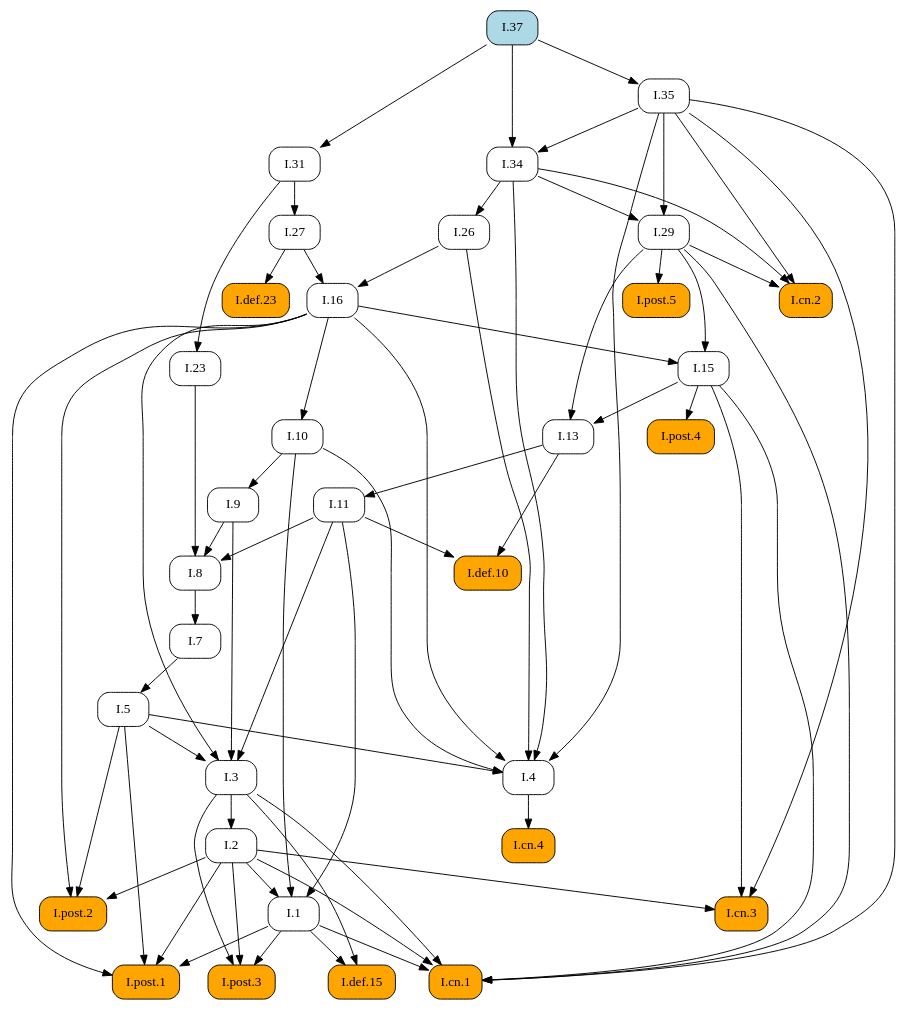
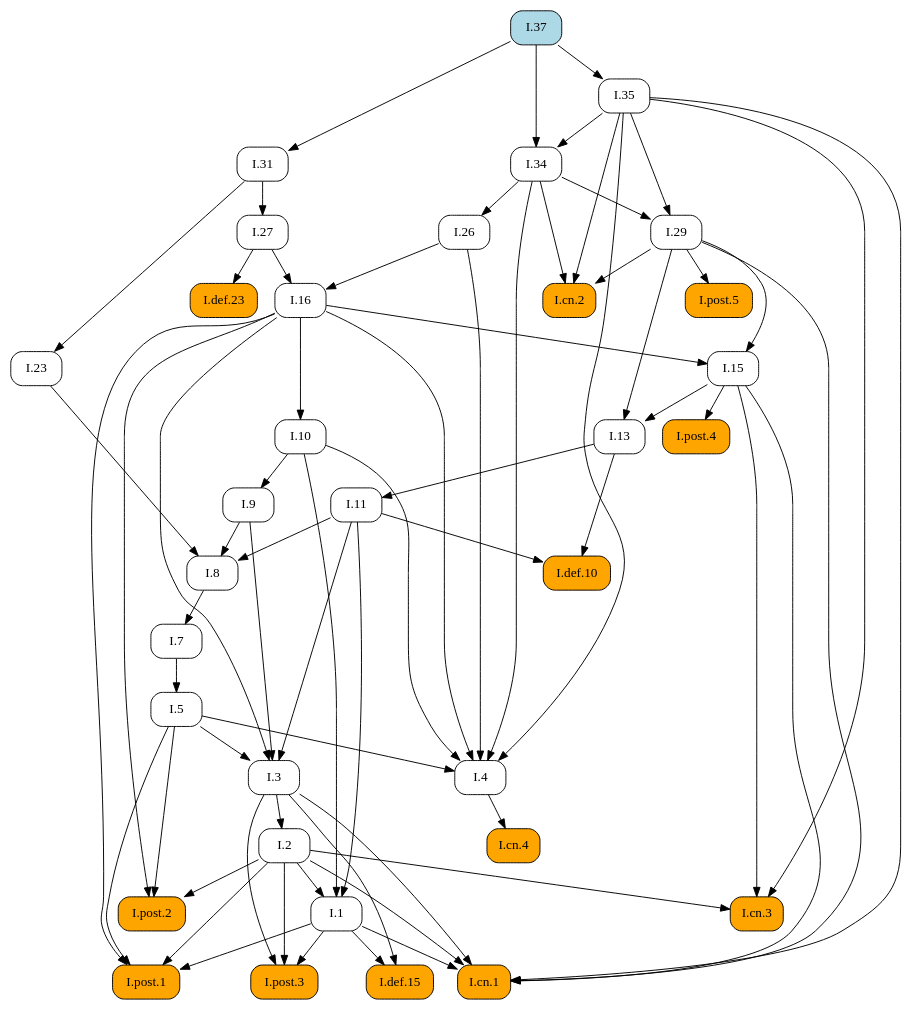
One commit to geometor/elements changed the diagram in docsrc/elements2/I/37/index.rst. Above: the diagram before and after it, drawn with Graphviz. The commit also changed other lines of this file and 409 other files, not shown here.

First line of the commit message:
feat: Add image cropping and graphic extraction script

```diff
--- a/docsrc/elements2/I/37/index.rst
+++ b/docsrc/elements2/I/37/index.rst
@@ -62,104 +62,104 @@
    digraph {
      rankdir="TB";
      node [shape=box, style=rounded];
+     "I.37" [style="rounded,filled", fillcolor=lightblue, URL="/elements2/I/37/", target="_top"];
+     "I.31" [URL="/elements2/I/31/", target="_top"];
      "I.8" [URL="/elements2/I/8/", target="_top"];
+     "I.15" [URL="/elements2/I/15/", target="_top"];
+     "I.5" [URL="/elements2/I/5/", target="_top"];
+     "I.26" [URL="/elements2/I/26/", target="_top"];
+     "I.cn.1" [style="rounded,filled", fillcolor=orange, URL="/elements2/I/cn.1/", target="_top"];
+     "I.7" [URL="/elements2/I/7/", target="_top"];
+     "I.23" [URL="/elements2/I/23/", target="_top"];
+     "I.16" [URL="/elements2/I/16/", target="_top"];
+     "I.35" [URL="/elements2/I/35/", target="_top"];
+     "I.34" [URL="/elements2/I/34/", target="_top"];
+     "I.def.15" [style="rounded,filled", fillcolor=orange, URL="/elements2/I/def.15/", target="_top"];
+     "I.def.10" [style="rounded,filled", fillcolor=orange, URL="/elements2/I/def.10/", target="_top"];
+     "I.def.23" [style="rounded,filled", fillcolor=orange, URL="/elements2/I/def.23/", target="_top"];
+     "I.11" [URL="/elements2/I/11/", target="_top"];
+     "I.post.4" [style="rounded,filled", fillcolor=orange, URL="/elements2/I/post.4/", target="_top"];
+     "I.post.5" [style="rounded,filled", fillcolor=orange, URL="/elements2/I/post.5/", target="_top"];
+     "I.3" [URL="/elements2/I/3/", target="_top"];
+     "I.10" [URL="/elements2/I/10/", target="_top"];
+     "I.cn.3" [style="rounded,filled", fillcolor=orange, URL="/elements2/I/cn.3/", target="_top"];
+     "I.13" [URL="/elements2/I/13/", target="_top"];
+     "I.4" [URL="/elements2/I/4/", target="_top"];
+     "I.post.3" [style="rounded,filled", fillcolor=orange, URL="/elements2/I/post.3/", target="_top"];
+     "I.9" [URL="/elements2/I/9/", target="_top"];
+     "I.29" [URL="/elements2/I/29/", target="_top"];
      "I.post.1" [style="rounded,filled", fillcolor=orange, URL="/elements2/I/post.1/", target="_top"];
-     "I.5" [URL="/elements2/I/5/", target="_top"];
-     "I.post.5" [style="rounded,filled", fillcolor=orange, URL="/elements2/I/post.5/", target="_top"];
-     "I.def.10" [style="rounded,filled", fillcolor=orange, URL="/elements2/I/def.10/", target="_top"];
-     "I.cn.2" [style="rounded,filled", fillcolor=orange, URL="/elements2/I/cn.2/", target="_top"];
-     "I.def.15" [style="rounded,filled", fillcolor=orange, URL="/elements2/I/def.15/", target="_top"];
-     "I.31" [URL="/elements2/I/31/", target="_top"];
-     "I.11" [URL="/elements2/I/11/", target="_top"];
-     "I.3" [URL="/elements2/I/3/", target="_top"];
-     "I.def.23" [style="rounded,filled", fillcolor=orange, URL="/elements2/I/def.23/", target="_top"];
-     "I.post.2" [style="rounded,filled", fillcolor=orange, URL="/elements2/I/post.2/", target="_top"];
-     "I.26" [URL="/elements2/I/26/", target="_top"];
-     "I.cn.3" [style="rounded,filled", fillcolor=orange, URL="/elements2/I/cn.3/", target="_top"];
-     "I.cn.4" [style="rounded,filled", fillcolor=orange, URL="/elements2/I/cn.4/", target="_top"];
-     "I.1" [URL="/elements2/I/1/", target="_top"];
-     "I.7" [URL="/elements2/I/7/", target="_top"];
-     "I.9" [URL="/elements2/I/9/", target="_top"];
-     "I.cn.1" [style="rounded,filled", fillcolor=orange, URL="/elements2/I/cn.1/", target="_top"];
-     "I.29" [URL="/elements2/I/29/", target="_top"];
-     "I.16" [URL="/elements2/I/16/", target="_top"];
-     "I.post.4" [style="rounded,filled", fillcolor=orange, URL="/elements2/I/post.4/", target="_top"];
-     "I.13" [URL="/elements2/I/13/", target="_top"];
-     "I.35" [URL="/elements2/I/35/", target="_top"];
      "I.2" [URL="/elements2/I/2/", target="_top"];
      "I.27" [URL="/elements2/I/27/", target="_top"];
-     "I.37" [style="rounded,filled", fillcolor=lightblue, URL="/elements2/I/37/", target="_top"];
-     "I.4" [URL="/elements2/I/4/", target="_top"];
-     "I.10" [URL="/elements2/I/10/", target="_top"];
-     "I.15" [URL="/elements2/I/15/", target="_top"];
-     "I.34" [URL="/elements2/I/34/", target="_top"];
-     "I.23" [URL="/elements2/I/23/", target="_top"];
-     "I.post.3" [style="rounded,filled", fillcolor=orange, URL="/elements2/I/post.3/", target="_top"];
+     "I.cn.4" [style="rounded,filled", fillcolor=orange, URL="/elements2/I/cn.4/", target="_top"];
+     "I.cn.2" [style="rounded,filled", fillcolor=orange, URL="/elements2/I/cn.2/", target="_top"];
+     "I.1" [URL="/elements2/I/1/", target="_top"];
+     "I.post.2" [style="rounded,filled", fillcolor=orange, URL="/elements2/I/post.2/", target="_top"];
+     "I.37" -> "I.31";
      "I.9" -> "I.8";
      "I.11" -> "I.8";
      "I.23" -> "I.8";
-     "I.1" -> "I.post.1";
-     "I.2" -> "I.post.1";
-     "I.5" -> "I.post.1";
-     "I.16" -> "I.post.1";
+     "I.16" -> "I.15";
+     "I.29" -> "I.15";
      "I.7" -> "I.5";
-     "I.29" -> "I.post.5";
-     "I.11" -> "I.def.10";
-     "I.13" -> "I.def.10";
-     "I.29" -> "I.cn.2";
-     "I.34" -> "I.cn.2";
-     "I.35" -> "I.cn.2";
-     "I.1" -> "I.def.15";
-     "I.3" -> "I.def.15";
-     "I.37" -> "I.31";
-     "I.13" -> "I.11";
-     "I.5" -> "I.3";
-     "I.9" -> "I.3";
-     "I.11" -> "I.3";
-     "I.16" -> "I.3";
-     "I.27" -> "I.def.23";
-     "I.2" -> "I.post.2";
-     "I.5" -> "I.post.2";
-     "I.16" -> "I.post.2";
      "I.34" -> "I.26";
-     "I.2" -> "I.cn.3";
-     "I.15" -> "I.cn.3";
-     "I.35" -> "I.cn.3";
-     "I.4" -> "I.cn.4";
-     "I.2" -> "I.1";
-     "I.10" -> "I.1";
-     "I.11" -> "I.1";
-     "I.8" -> "I.7";
-     "I.10" -> "I.9";
      "I.1" -> "I.cn.1";
      "I.2" -> "I.cn.1";
      "I.3" -> "I.cn.1";
      "I.15" -> "I.cn.1";
      "I.29" -> "I.cn.1";
      "I.35" -> "I.cn.1";
-     "I.34" -> "I.29";
-     "I.35" -> "I.29";
+     "I.8" -> "I.7";
+     "I.31" -> "I.23";
      "I.26" -> "I.16";
      "I.27" -> "I.16";
+     "I.37" -> "I.35";
+     "I.35" -> "I.34";
+     "I.37" -> "I.34";
+     "I.1" -> "I.def.15";
+     "I.3" -> "I.def.15";
+     "I.11" -> "I.def.10";
+     "I.13" -> "I.def.10";
+     "I.27" -> "I.def.23";
+     "I.13" -> "I.11";
      "I.15" -> "I.post.4";
+     "I.29" -> "I.post.5";
+     "I.5" -> "I.3";
+     "I.9" -> "I.3";
+     "I.11" -> "I.3";
+     "I.16" -> "I.3";
+     "I.16" -> "I.10";
+     "I.2" -> "I.cn.3";
+     "I.15" -> "I.cn.3";
+     "I.35" -> "I.cn.3";
      "I.15" -> "I.13";
      "I.29" -> "I.13";
-     "I.37" -> "I.35";
-     "I.3" -> "I.2";
-     "I.31" -> "I.27";
      "I.5" -> "I.4";
      "I.10" -> "I.4";
      "I.16" -> "I.4";
      "I.26" -> "I.4";
      "I.34" -> "I.4";
      "I.35" -> "I.4";
-     "I.16" -> "I.10";
-     "I.16" -> "I.15";
-     "I.29" -> "I.15";
-     "I.35" -> "I.34";
-     "I.37" -> "I.34";
-     "I.31" -> "I.23";
      "I.1" -> "I.post.3";
      "I.2" -> "I.post.3";
      "I.3" -> "I.post.3";
+     "I.10" -> "I.9";
+     "I.34" -> "I.29";
+     "I.35" -> "I.29";
+     "I.1" -> "I.post.1";
+     "I.2" -> "I.post.1";
+     "I.5" -> "I.post.1";
+     "I.16" -> "I.post.1";
+     "I.3" -> "I.2";
+     "I.31" -> "I.27";
+     "I.4" -> "I.cn.4";
+     "I.29" -> "I.cn.2";
+     "I.34" -> "I.cn.2";
+     "I.35" -> "I.cn.2";
+     "I.2" -> "I.1";
+     "I.10" -> "I.1";
+     "I.11" -> "I.1";
+     "I.2" -> "I.post.2";
+     "I.5" -> "I.post.2";
+     "I.16" -> "I.post.2";
    }
```
